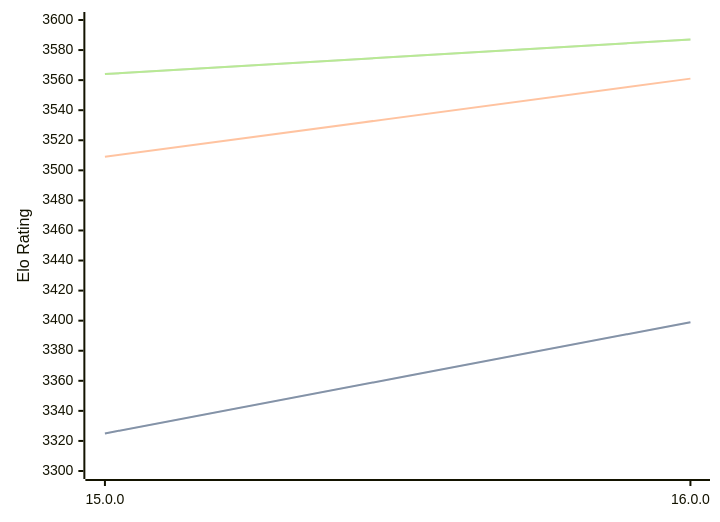
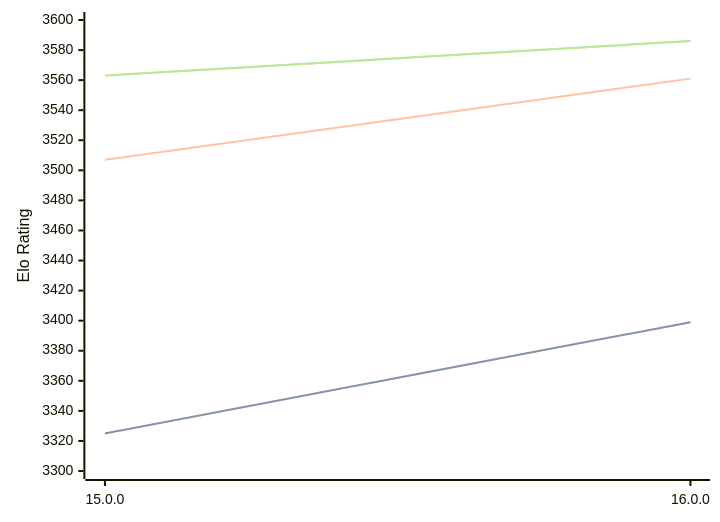
Before and after one commit to computer-chess-index/cci: the diagram in engines/Halogen.md, drawn with Mermaid. The commit also changed other lines of this file, not shown here.

Commit message:
Update CCI Ratings (ELO VLTC) - 2026-04-20

````diff
--- a/engines/Halogen.md
+++ b/engines/Halogen.md
@@ -50,11 +50,11 @@
 ```mermaid
 %%{init: {"theme":"base","themeVariables":{"seriesColors:['#a3a3a3','#222221','#faa371']}}}%%
 xychart-beta
   x-axis ["15.0.0", "16.0.0"]
   y-axis "Elo Rating" 3300 --> 3600
   line "STC (8.0+0.08s)" [3325, 3399]
   line "STC (8.0+0.08s)" [3325, 3399]
-  line "LTC (60.0+0.60s)" [3509, 3561]
-  line "VLTC (2m24s+1.12s)" [3564, 3587]
-  line "VLTC (2m24s+1.12s)" [3564, 3587]
+  line "LTC (60.0+0.60s)" [3507, 3561]
+  line "VLTC (2m24s+1.12s)" [3563, 3586]
+  line "VLTC (2m24s+1.12s)" [3563, 3586]
 ```
````
